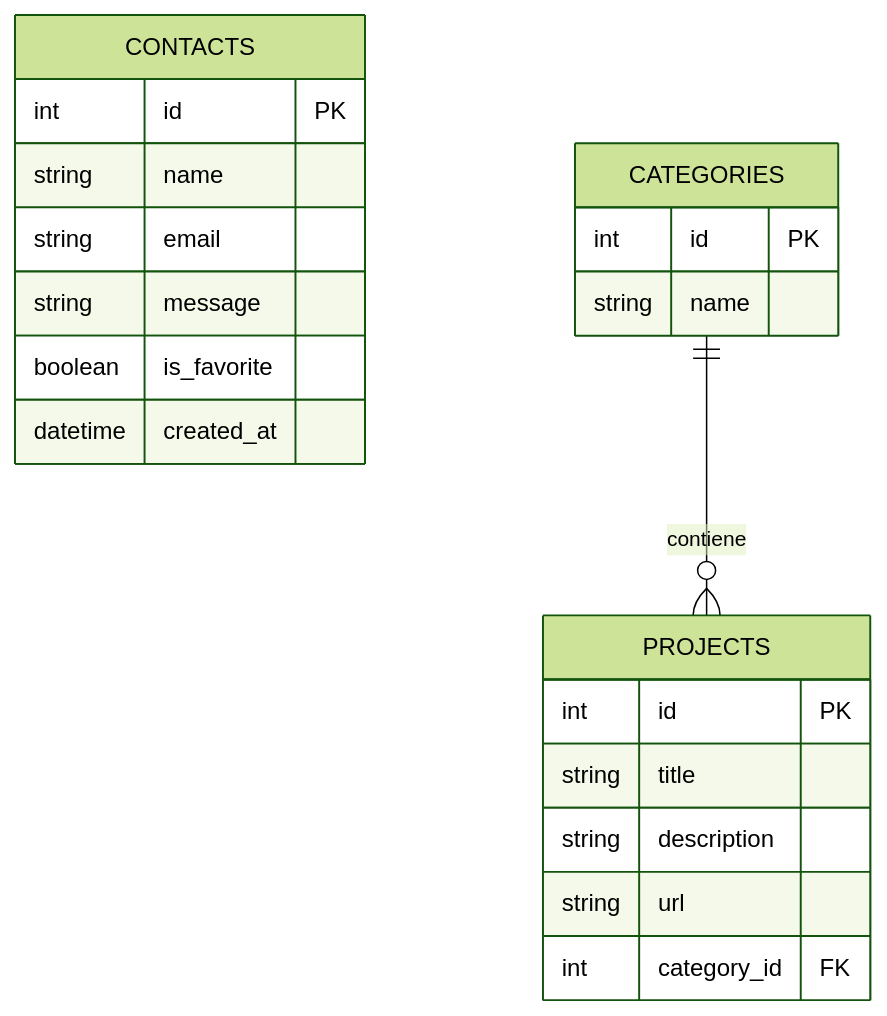
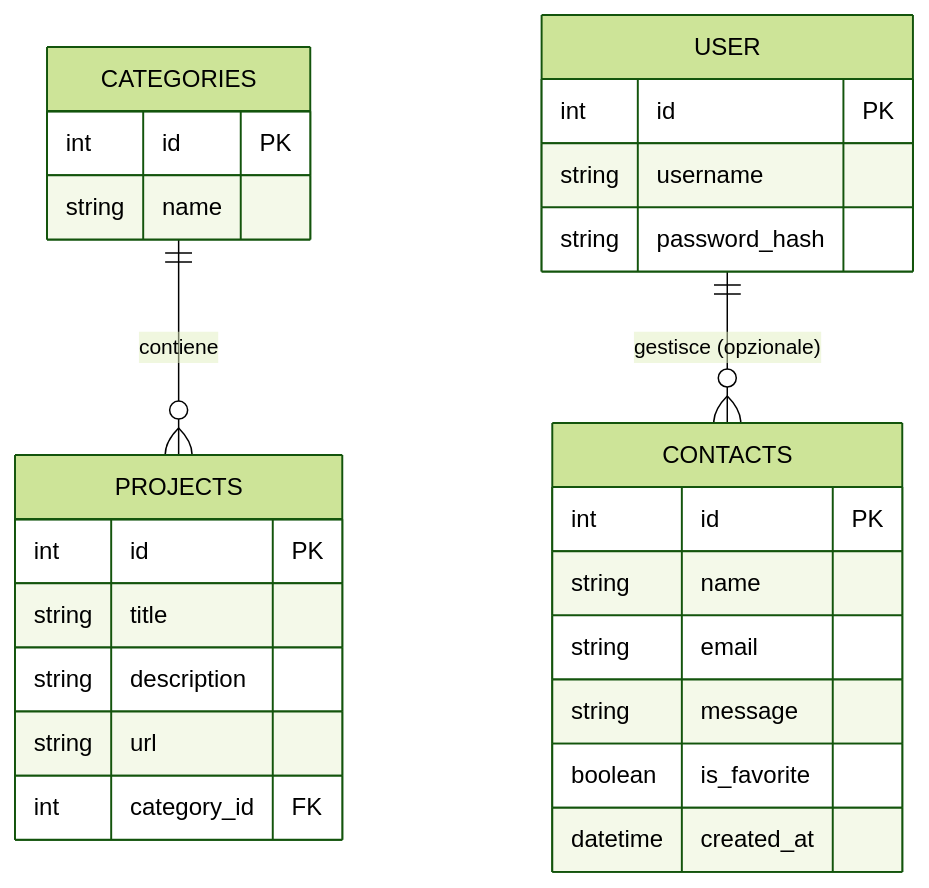
The first of 3 diagrams in docs/DOCUMENTAZIONE.md (simonkolaaa/portfolio-backend), drawn with Mermaid (forest theme) before and after one commit. The commit also changed other lines of this file and 1 other file, not shown here.

Commit message:
Docs: Fix diagrammi e aggiornamento README

````diff
--- a/docs/DOCUMENTAZIONE.md
+++ b/docs/DOCUMENTAZIONE.md
@@ -9,24 +9,30 @@
 ```mermaid
 erDiagram
+    CATEGORIES ||--o{ PROJECTS : "contiene"
+    USER ||--o{ CONTACTS : "gestisce (opzionale)"
+    
+    USER {
+        int id PK
+        string username
+        string password_hash
+    }
     CONTACTS {
         int id PK
         string name
         string email
         string message
         boolean is_favorite
         datetime created_at
     }
     PROJECTS {
         int id PK
         string title
         string description
         string url
         int category_id FK
     }
     CATEGORIES {
         int id PK
         string name
     }
-
-    CATEGORIES ||--o{ PROJECTS : "contiene"
 ```
````
